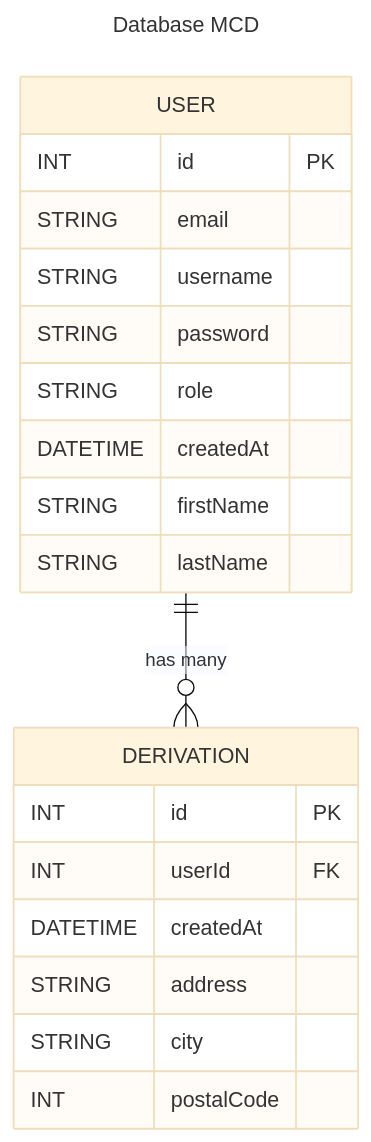
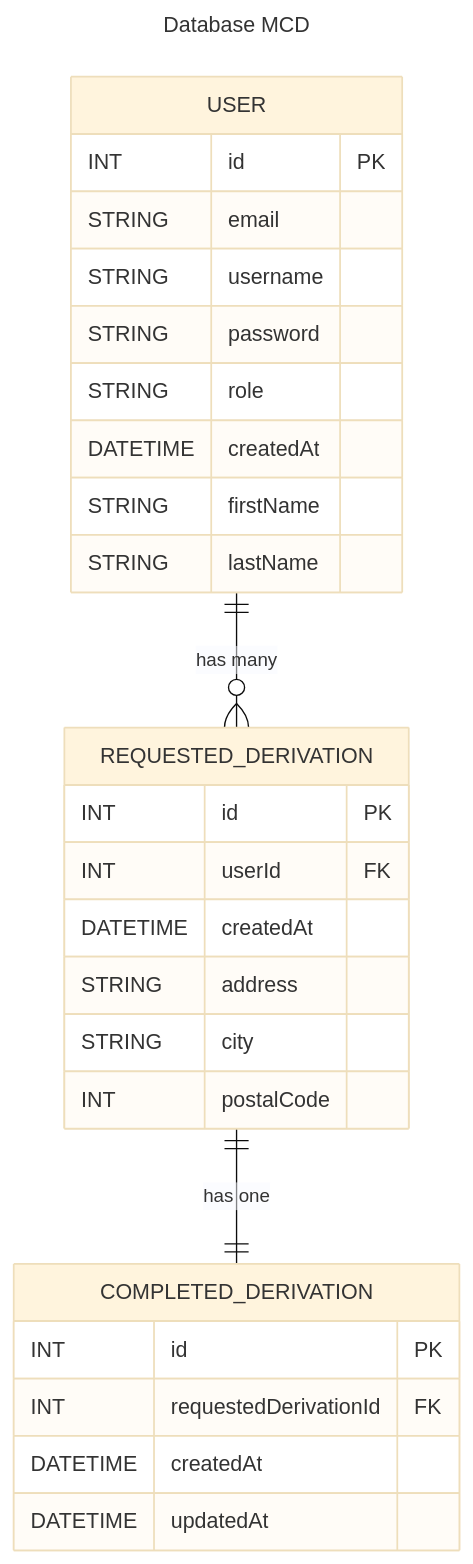
Before and after one commit to Sagbyy/bathelec-software: the diagram in apps/api/README.md, drawn with Mermaid (base theme). The commit also changed 15 other files, not shown here.

Commit message:
feat(api): integrate MongoDB support with Mongoose; update Prisma client version; modify environment variables for database connections; enhance ER diagram in README; refactor Prisma schema for PostgreSQL datasource

````diff
--- a/apps/api/README.md
+++ b/apps/api/README.md
@@ -27,26 +27,33 @@
 ```mermaid
 ---
 title: Database MCD
 ---
 
-erDiagram
+erDiagram 
     USER {
         INT id PK
         STRING email
         STRING username
         STRING password
         STRING role
         DATETIME createdAt
         STRING firstName
         STRING lastName
     }
-    DERIVATION {
+    REQUESTED_DERIVATION {
         INT id PK
         INT userId FK
         DATETIME createdAt
         STRING address
         STRING city
         INT postalCode
     }
-    USER ||--o{ DERIVATION : "has many"
+    COMPLETED_DERIVATION {
+        INT id PK
+        INT requestedDerivationId FK
+        DATETIME createdAt
+        DATETIME updatedAt
+    }
+    USER ||--o{ REQUESTED_DERIVATION : "has many"
+    REQUESTED_DERIVATION ||--|| COMPLETED_DERIVATION : "has one"
 ```
````
